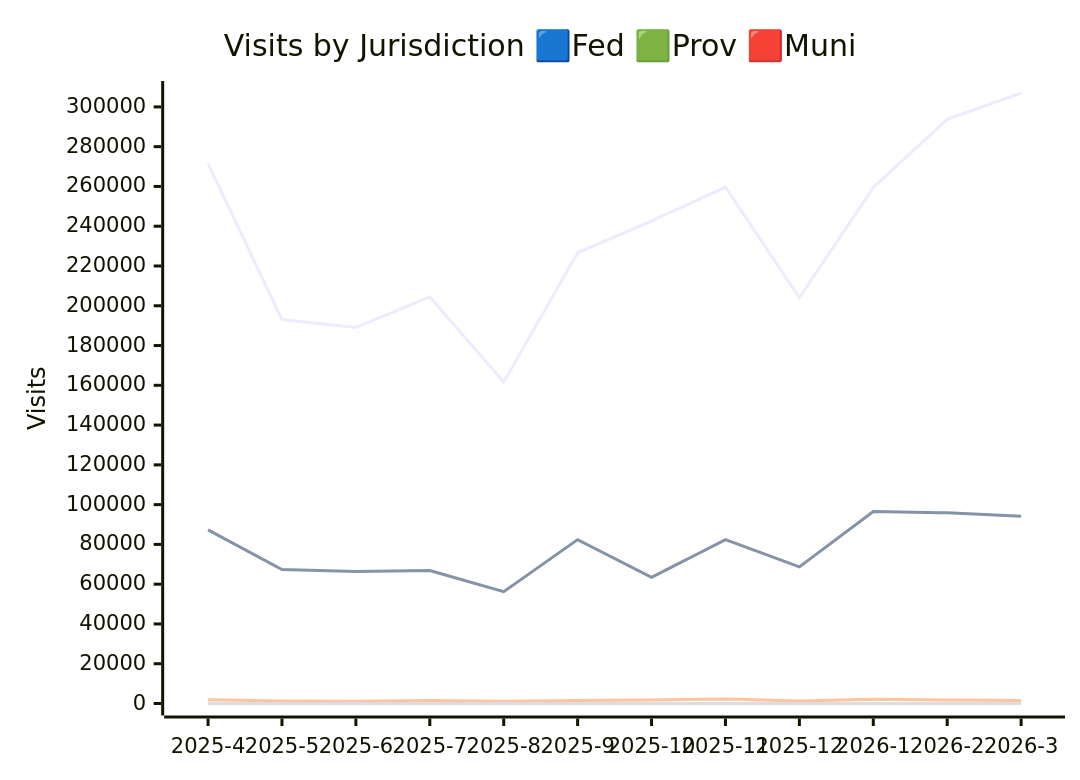
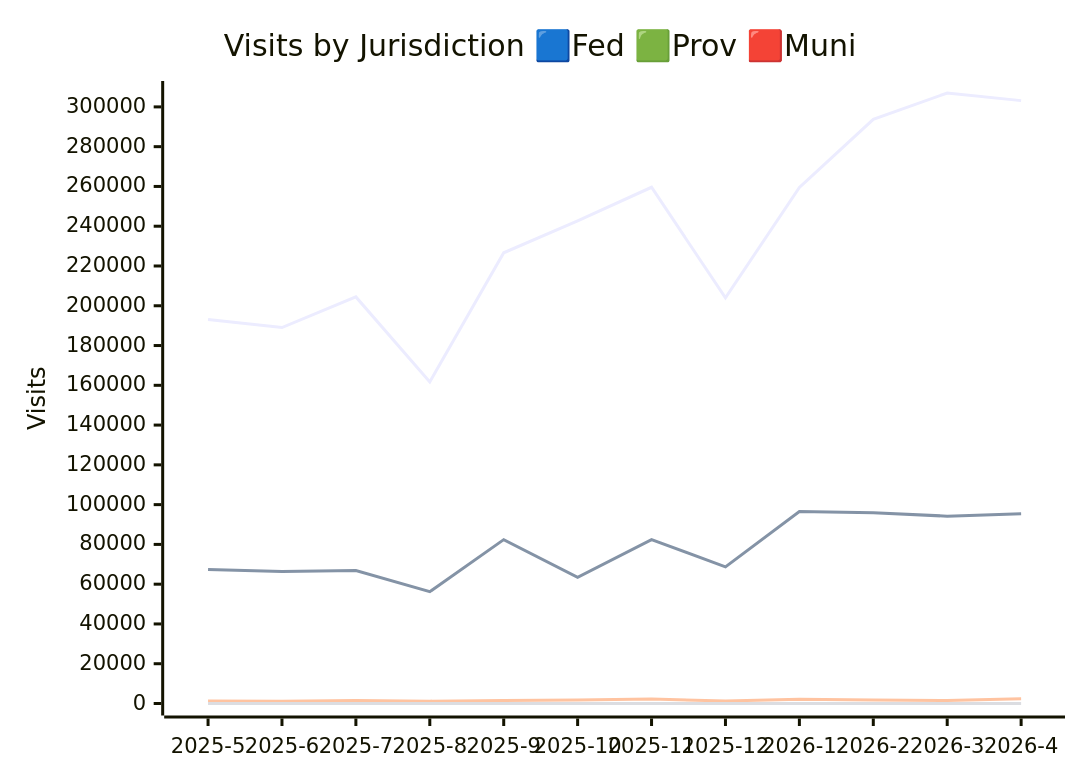
Before and after one commit to open-data/analytics-corporate-reporting: the second of 3 diagrams in JURISDICTION_ANALYTICS_REPORT/readme.md, drawn with Mermaid. The commit also changed other lines of this file and 3 other files, not shown here.

````diff
--- a/JURISDICTION_ANALYTICS_REPORT/readme.md
+++ b/JURISDICTION_ANALYTICS_REPORT/readme.md
@@ -27,11 +27,11 @@
 ```mermaid
 
 xychart-beta
     title "Visits by Jurisdiction 🟦Fed 🟩Prov 🟥Muni"
-    x-axis [2025-4, 2025-5, 2025-6, 2025-7, 2025-8, 2025-9, 2025-10, 2025-11, 2025-12, 2026-1, 2026-2, 2026-3]
+    x-axis [2025-5, 2025-6, 2025-7, 2025-8, 2025-9, 2025-10, 2025-11, 2025-12, 2026-1, 2026-2, 2026-3, 2026-4]
     y-axis "Visits" 0 --> 306987
-    line [271441, 193067, 189029, 204459, 161720, 226647, 242652, 259587, 203961, 259466, 293760, 306977]
-    line [87323, 67384, 66331, 66861, 56243, 82402, 63408, 82379, 68721, 96506, 95875, 94206]
-    line [1939, 1268, 1160, 1451, 1187, 1472, 1717, 2282, 1200, 2113, 1718, 1475]
-    line [0, 0, 0, 0, 0, 0, 13, 7, 27, 17, 19, 21]
+    line [193067, 189029, 204459, 161720, 226647, 242652, 259587, 203961, 259466, 293760, 306977, 303150]
+    line [67384, 66331, 66861, 56243, 82402, 63408, 82379, 68721, 96506, 95875, 94206, 95354]
+    line [1268, 1160, 1451, 1187, 1472, 1717, 2282, 1200, 2113, 1718, 1475, 2389]
+    line [0, 0, 0, 0, 0, 13, 7, 27, 17, 19, 21, 9]
 ```
````
